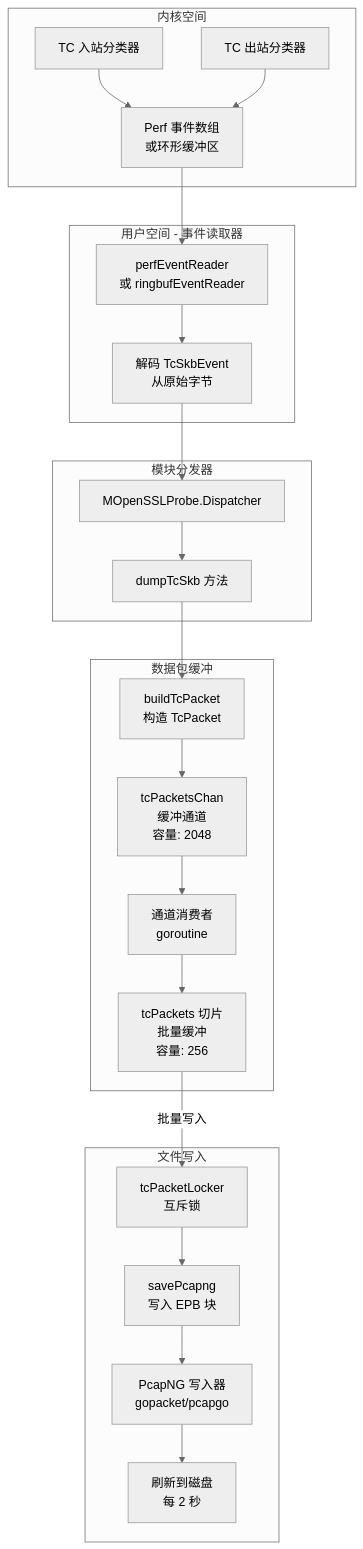
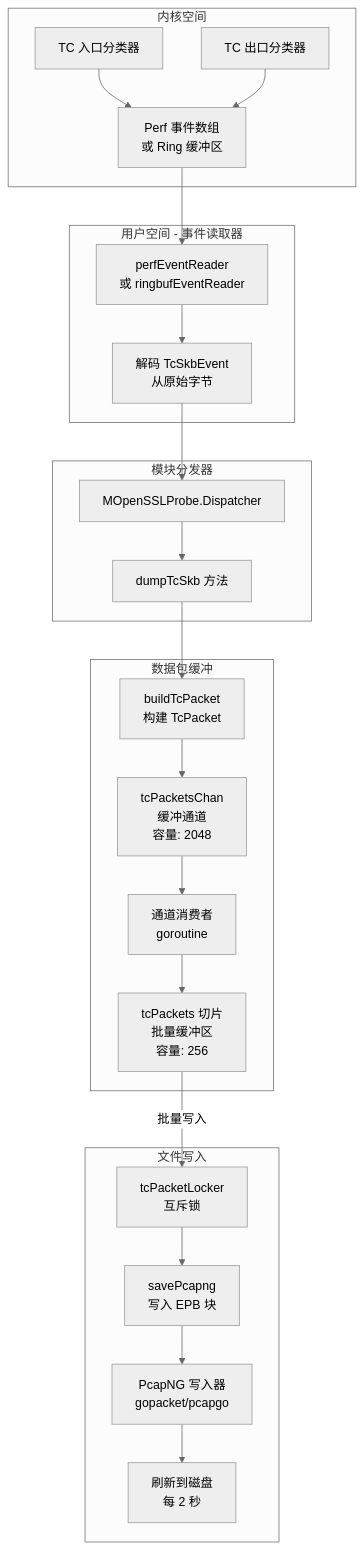
One commit to gojue/ecapture.cc changed the sixth of 8 diagrams in src/zh/4-output-formats/4.2-pcap-integration.md. Above: the diagram before and after it, drawn with Mermaid (neutral theme). The commit also changed other lines of this file and 115 other files, not shown here.

````diff
--- a/src/zh/4-output-formats/4.2-pcap-integration.md
+++ b/src/zh/4-output-formats/4.2-pcap-integration.md
@@ -431,51 +436,51 @@
 ```mermaid
 graph TB
     subgraph "内核空间"
-        TC_ING[TC 入站分类器]
-        TC_EG[TC 出站分类器]
-        PERF_MAP[Perf 事件数组<br/>或环形缓冲区]
+        TC_ING["TC 入口分类器"]
+        TC_EG["TC 出口分类器"]
+        PERF_MAP["Perf 事件数组<br/>或 Ring 缓冲区"]
     end
     
     subgraph "用户空间 - 事件读取器"
-        PERF_READER[perfEventReader<br/>或 ringbufEventReader]
-        DECODE[解码 TcSkbEvent<br/>从原始字节]
+        PERF_READER["perfEventReader<br/>或 ringbufEventReader"]
+        DECODE["解码 TcSkbEvent<br/>从原始字节"]
     end
     
     subgraph "模块分发器"
-        DISPATCHER[MOpenSSLProbe.Dispatcher]
-        DUMP_TCSKB[dumpTcSkb 方法]
+        DISPATCHER["MOpenSSLProbe.Dispatcher"]
+        DUMP_TCSKB["dumpTcSkb 方法"]
     end
     
     subgraph "数据包缓冲"
-        BUILD_PKT[buildTcPacket<br/>构造 TcPacket]
-        CHAN[tcPacketsChan<br/>缓冲通道<br/>容量: 2048]
-        CONSUMER[通道消费者<br/>goroutine]
-        SLICE[tcPackets 切片<br/>批量缓冲<br/>容量: 256]
+        BUILD_PKT["buildTcPacket<br/>构建 TcPacket"]
+        CHAN["tcPacketsChan<br/>缓冲通道<br/>容量: 2048"]
+        CONSUMER["通道消费者<br/>goroutine"]
+        SLICE["tcPackets 切片<br/>批量缓冲区<br/>容量: 256"]
     end
     
     subgraph "文件写入"
-        LOCK[tcPacketLocker<br/>互斥锁]
-        SAVE[savePcapng<br/>写入 EPB 块]
-        WRITER[PcapNG 写入器<br/>gopacket/pcapgo]
-        FLUSH[刷新到磁盘<br/>每 2 秒]
+        LOCK["tcPacketLocker<br/>互斥锁"]
+        SAVE["savePcapng<br/>写入 EPB 块"]
+        WRITER["PcapNG 写入器<br/>gopacket/pcapgo"]
+        FLUSH["刷新到磁盘<br/>每 2 秒"]
     end
     
     TC_ING --> PERF_MAP
     TC_EG --> PERF_MAP
     
     PERF_MAP --> PERF_READER
     PERF_READER --> DECODE
     DECODE --> DISPATCHER
     
     DISPATCHER --> DUMP_TCSKB
     DUMP_TCSKB --> BUILD_PKT
     BUILD_PKT --> CHAN
     
     CHAN --> CONSUMER
     CONSUMER --> SLICE
     
-    SLICE -->|批量写入| LOCK
+    SLICE -->|"批量写入"| LOCK
     LOCK --> SAVE
     SAVE --> WRITER
     WRITER --> FLUSH
 ```
````
